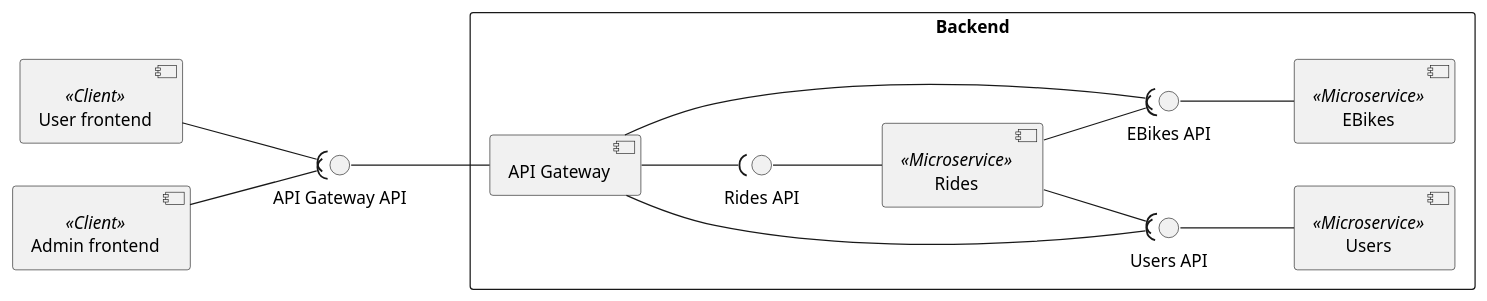
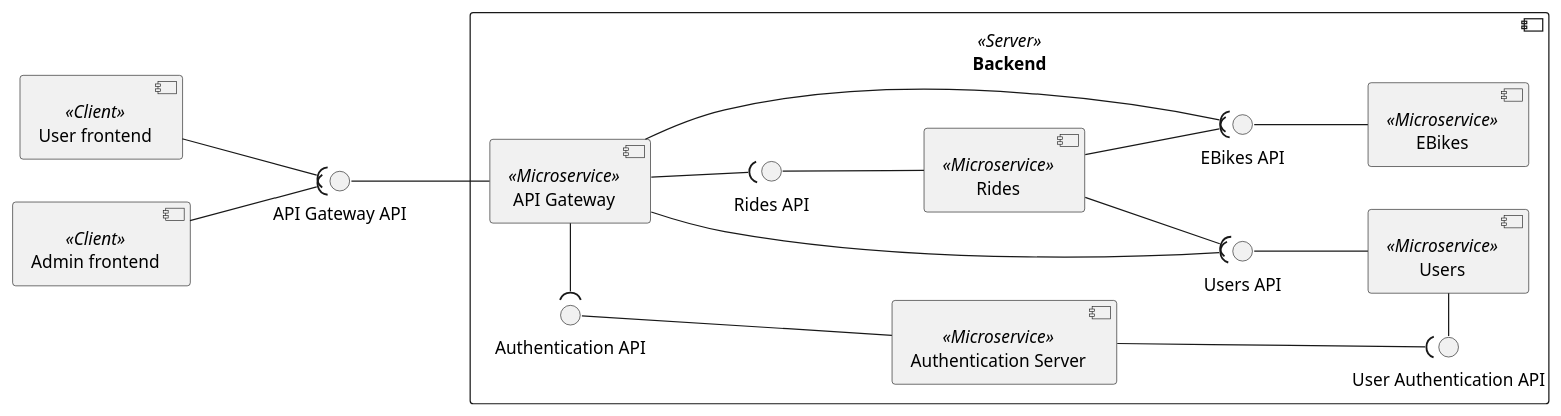
One commit to Ventus218/SAP-assignment-02 changed the diagram in doc/diagrams/src/components.puml. Above: the diagram before and after it, drawn with PlantUML. The commit also changed 3 other files, not shown here.

Commit message:
Updated components diagrams

```diff
--- a/doc/diagrams/src/components.puml
+++ b/doc/diagrams/src/components.puml
@@ -1,33 +1,42 @@
 @startuml components
 
 left to right direction
 
 component "User frontend" as UserFE <<Client>>
 component "Admin frontend" as AdminFE <<Client>>
 
-rectangle Backend {
-    component "API Gateway" as APIGateway
+component Backend <<Server>> {
+    component "API Gateway" as APIGateway <<Microservice>>
 
     component "EBikes" as EBikes <<Microservice>>
     interface "EBikes API" as EBikesAPI
     APIGateway --( EBikesAPI
     EBikes -u-() EBikesAPI
 
     component "Users" as Users <<Microservice>>
     interface "Users API" as UsersAPI
     APIGateway --( UsersAPI
     Users -u-() UsersAPI
 
     component "Rides" as Rides <<Microservice>>
     interface "Rides API" as RidesAPI
     APIGateway --( RidesAPI
     Rides -u-() RidesAPI
     Rides --( UsersAPI
     Rides --( EBikesAPI
+
+    component "Authentication Server" as AuthServer <<Microservice>>
+    interface "Authentication API" as AuthAPI
+    APIGateway -l-( AuthAPI
+    AuthServer --u-() AuthAPI
+
+    interface "User Authentication API" as UserAuthAPI
+    AuthServer ---( UserAuthAPI
+    Users -l-() UserAuthAPI
 }
 
 APIGateway -u-() "API Gateway API"
 UserFE --( "API Gateway API"
 AdminFE --( "API Gateway API"
 
 @enduml
```
